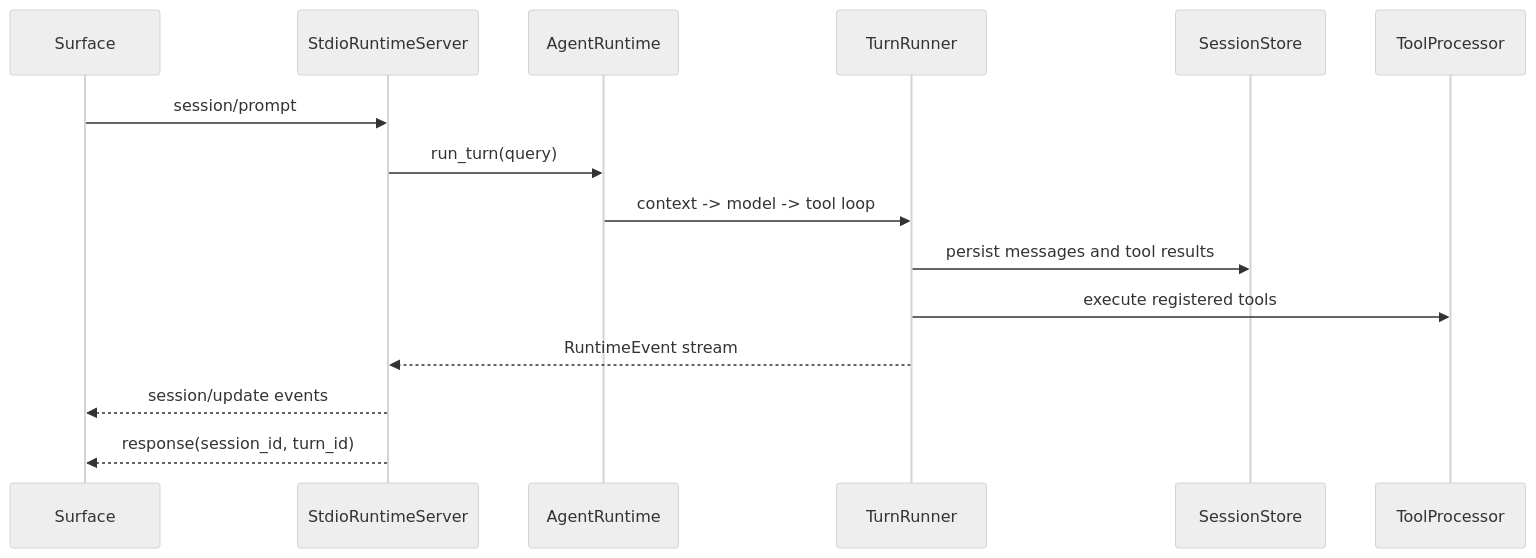
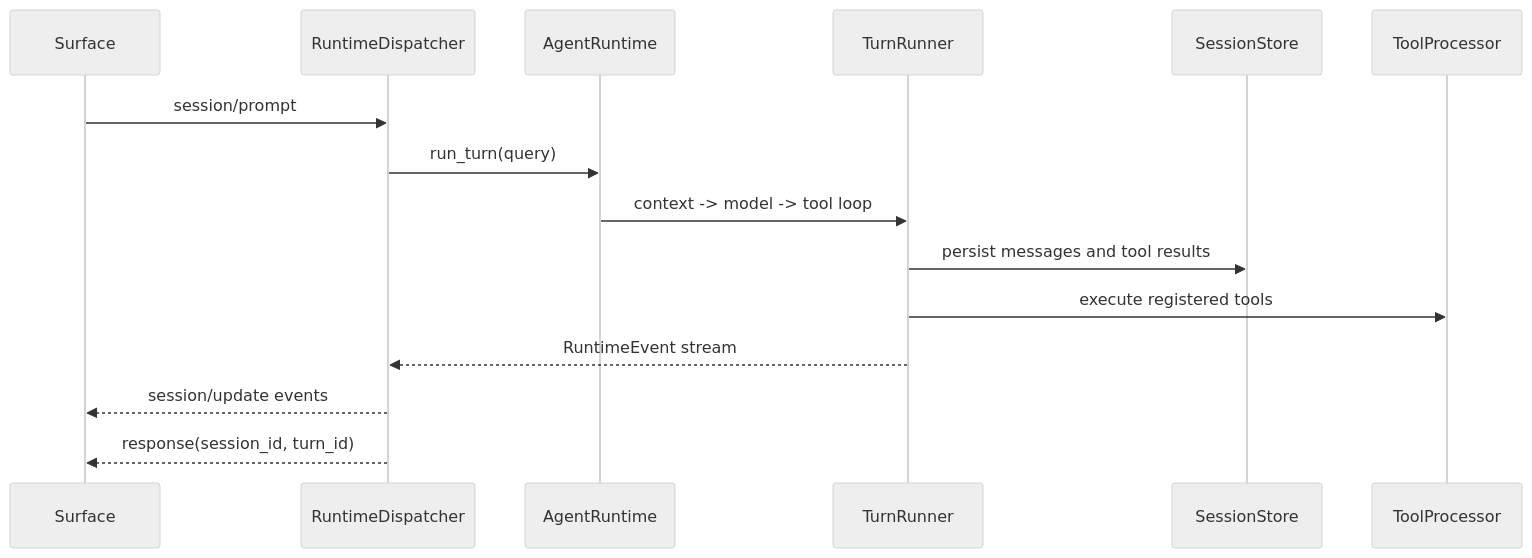
Before and after one commit to Azzurroooo/rind: the second of 2 diagrams in docs/main_pipeline.md, drawn with Mermaid (neutral theme). The commit also changed other lines of this file and 61 other files, not shown here.

````diff
--- a/docs/main_pipeline.md
+++ b/docs/main_pipeline.md
@@ -66,18 +66,18 @@
 ```mermaid
 sequenceDiagram
     participant Surface
-    participant Server as StdioRuntimeServer
+    participant Server as RuntimeDispatcher
     participant Runtime as AgentRuntime
     participant Runner as TurnRunner
     participant Store as SessionStore
     participant Tools as ToolProcessor
 
     Surface->>Server: session/prompt
     Server->>Runtime: run_turn(query)
     Runtime->>Runner: context -> model -> tool loop
     Runner->>Store: persist messages and tool results
     Runner->>Tools: execute registered tools
     Runner-->>Server: RuntimeEvent stream
     Server-->>Surface: session/update events
     Server-->>Surface: response(session_id, turn_id)
 ```
````
